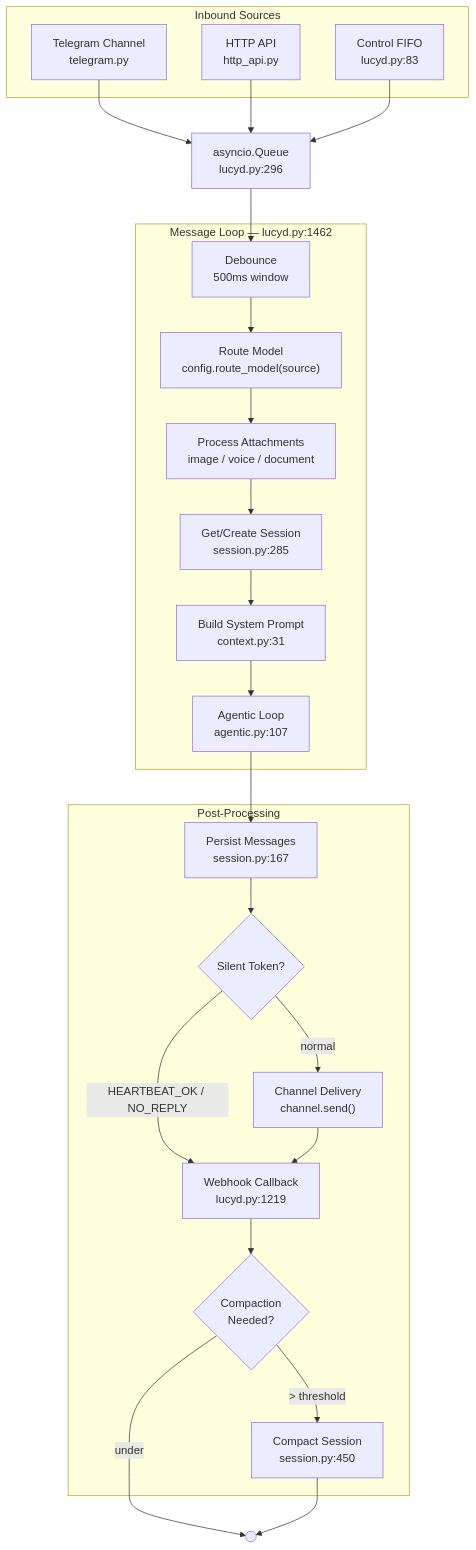
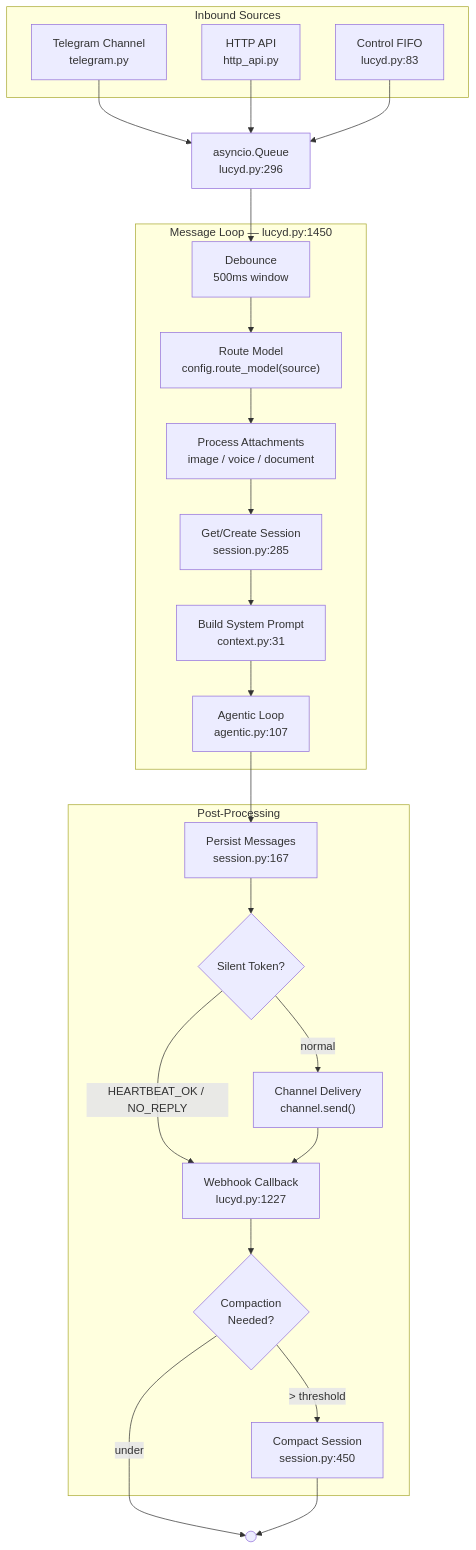
The first of 8 diagrams in docs/diagrams.md (nicolasforstinger/lucyd), drawn with Mermaid before and after one commit. The commit also changed other lines of this file, not shown here.

Commit message:
docs: fix drifted line numbers in diagrams (1219→1227, 1462→1450)

````diff
--- a/docs/diagrams.md
+++ b/docs/diagrams.md
@@ -11,40 +11,40 @@
 ```mermaid
 flowchart TD
     subgraph Sources["Inbound Sources"]
         TG["Telegram Channel<br/>telegram.py"]
         HTTP["HTTP API<br/>http_api.py"]
         FIFO["Control FIFO<br/>lucyd.py:83"]
     end
 
     Q["asyncio.Queue<br/>lucyd.py:296"]
 
-    subgraph Loop["Message Loop — lucyd.py:1462"]
+    subgraph Loop["Message Loop — lucyd.py:1450"]
         DEB["Debounce<br/>500ms window"]
         ROUTE["Route Model<br/>config.route_model(source)"]
         MEDIA["Process Attachments<br/>image / voice / document"]
         SESSION["Get/Create Session<br/>session.py:285"]
         CTX["Build System Prompt<br/>context.py:31"]
         AGENTIC["Agentic Loop<br/>agentic.py:107"]
     end
 
     subgraph Post["Post-Processing"]
         PERSIST["Persist Messages<br/>session.py:167"]
         SILENT{"Silent Token?"}
         DELIVER["Channel Delivery<br/>channel.send()"]
-        WEBHOOK["Webhook Callback<br/>lucyd.py:1219"]
+        WEBHOOK["Webhook Callback<br/>lucyd.py:1227"]
         COMPACT{"Compaction<br/>Needed?"}
         DO_COMPACT["Compact Session<br/>session.py:450"]
     end
 
     TG --> Q
     HTTP --> Q
     FIFO --> Q
     Q --> DEB --> ROUTE --> MEDIA --> SESSION --> CTX --> AGENTIC
     AGENTIC --> PERSIST --> SILENT
     SILENT -->|"HEARTBEAT_OK / NO_REPLY"| WEBHOOK
     SILENT -->|normal| DELIVER --> WEBHOOK
     WEBHOOK --> COMPACT
     COMPACT -->|"> threshold"| DO_COMPACT
     COMPACT -->|under| END(( ))
     DO_COMPACT --> END
 ```
````
